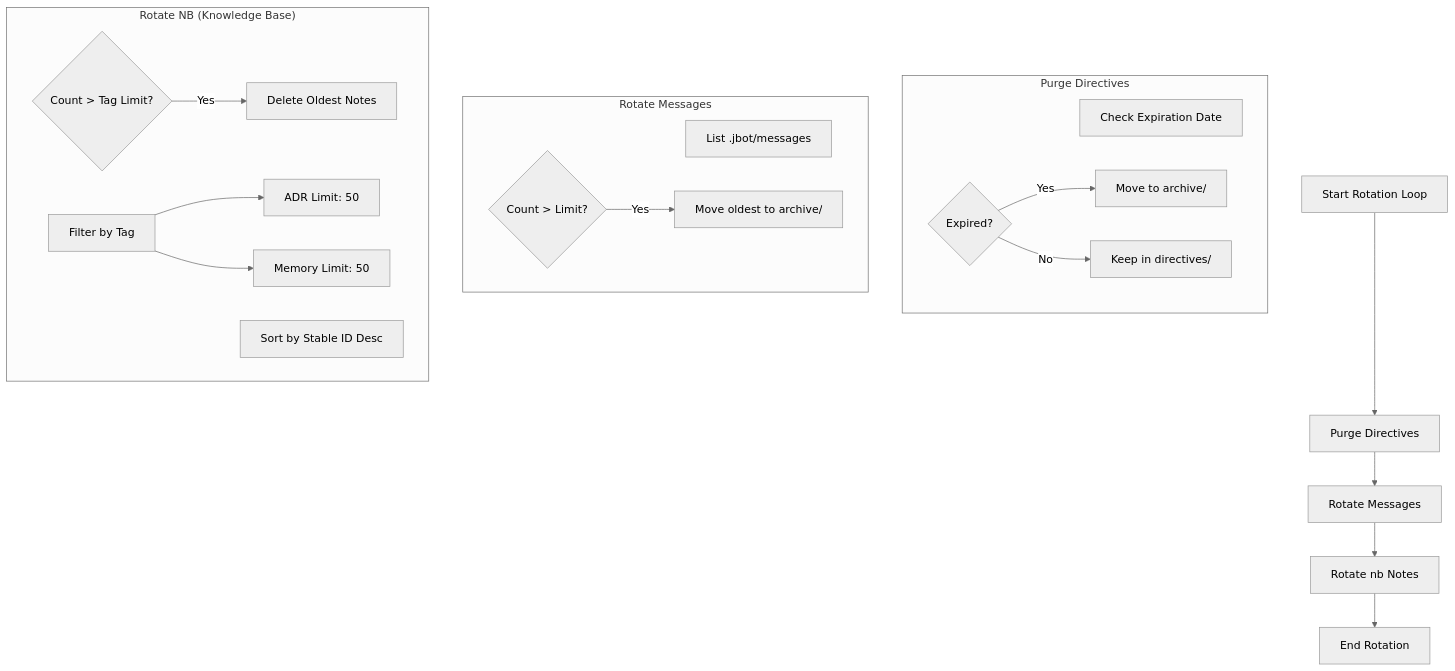
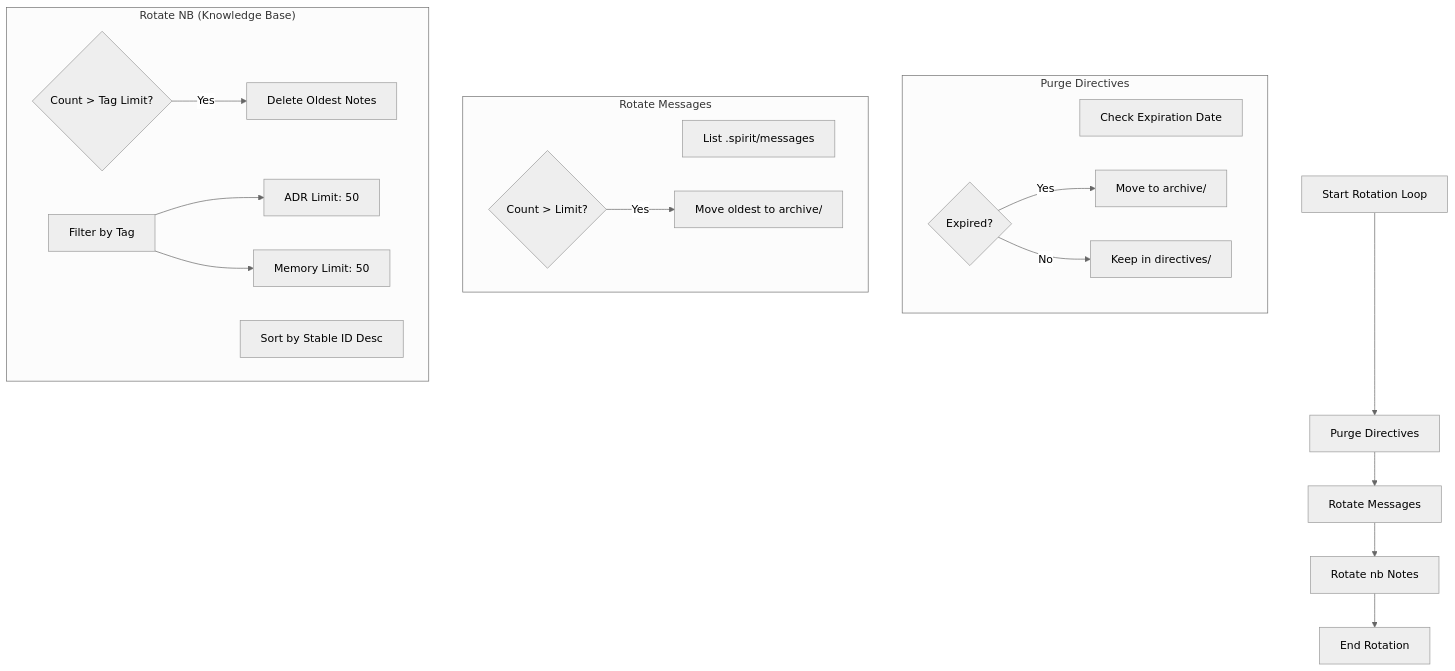
The tenth of 14 diagrams in INDEX.md (kodicw/nixspirit), drawn with Mermaid (neutral theme) before and after one commit. The commit also changed other lines of this file and 35 other files, not shown here.

````diff
--- a/INDEX.md
+++ b/INDEX.md
@@ -270,29 +270,29 @@
 ```mermaid
 graph TD
     A[Start Rotation Loop] --> B[Purge Directives]
     B --> C[Rotate Messages]
     C --> D[Rotate nb Notes]
     D --> E[End Rotation]
 
     subgraph "Purge Directives"
         B1[Check Expiration Date]
         B2{Expired?}
         B2 -->|Yes| B3[Move to archive/]
         B2 -->|No| B4[Keep in directives/]
     end
 
     subgraph "Rotate Messages"
-        C1[List .jbot/messages]
+        C1[List .spirit/messages]
         C2{Count > Limit?}
         C2 -->|Yes| C3[Move oldest to archive/]
     end
 
     subgraph "Rotate NB (Knowledge Base)"
         D1[Filter by Tag]
         D2[Sort by Stable ID Desc]
         D3{Count > Tag Limit?}
         D3 -->|Yes| D4[Delete Oldest Notes]
         D1 --> D1_ADR[ADR Limit: 50]
         D1 --> D1_MEM[Memory Limit: 50]
     end
 ```
````
